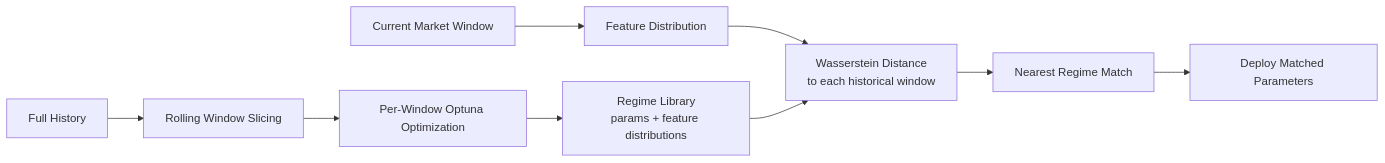
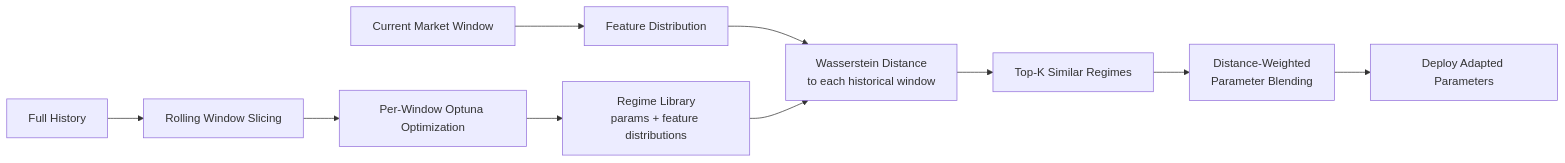
The second of 3 diagrams in README.md (omarelkobrossy/chronoflow), drawn with Mermaid before and after one commit. The commit also changed other lines of this file, not shown here.

````diff
--- a/README.md
+++ b/README.md
@@ -93,11 +111,16 @@
 ```mermaid
 flowchart LR
     A[Full History] --> B[Rolling Window Slicing]
     B --> C[Per-Window Optuna Optimization]
     C --> D[Regime Library<br>params + feature distributions]
+
     E[Current Market Window] --> F[Feature Distribution]
     F --> G[Wasserstein Distance<br>to each historical window]
+
     D --> G
-    G --> H[Nearest Regime Match]
-    H --> I[Deploy Matched Parameters]
+    G --> H[Top-K Similar Regimes]
+
+    H --> I[Distance-Weighted<br>Parameter Blending]
+
+    I --> J[Deploy Adapted Parameters]
 ```
````
